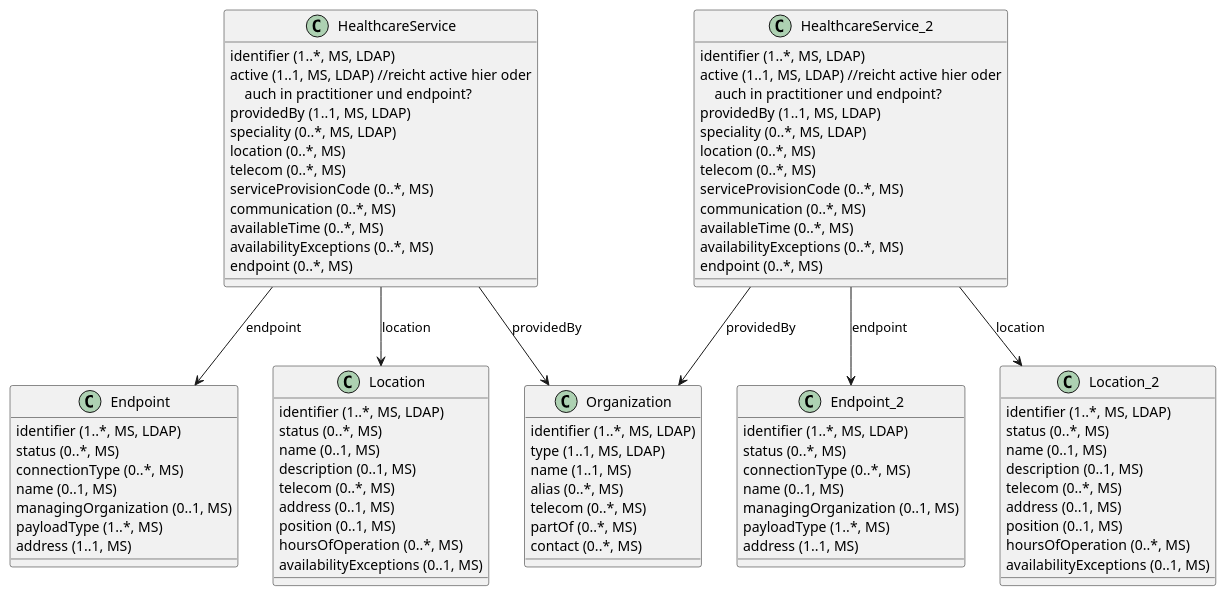
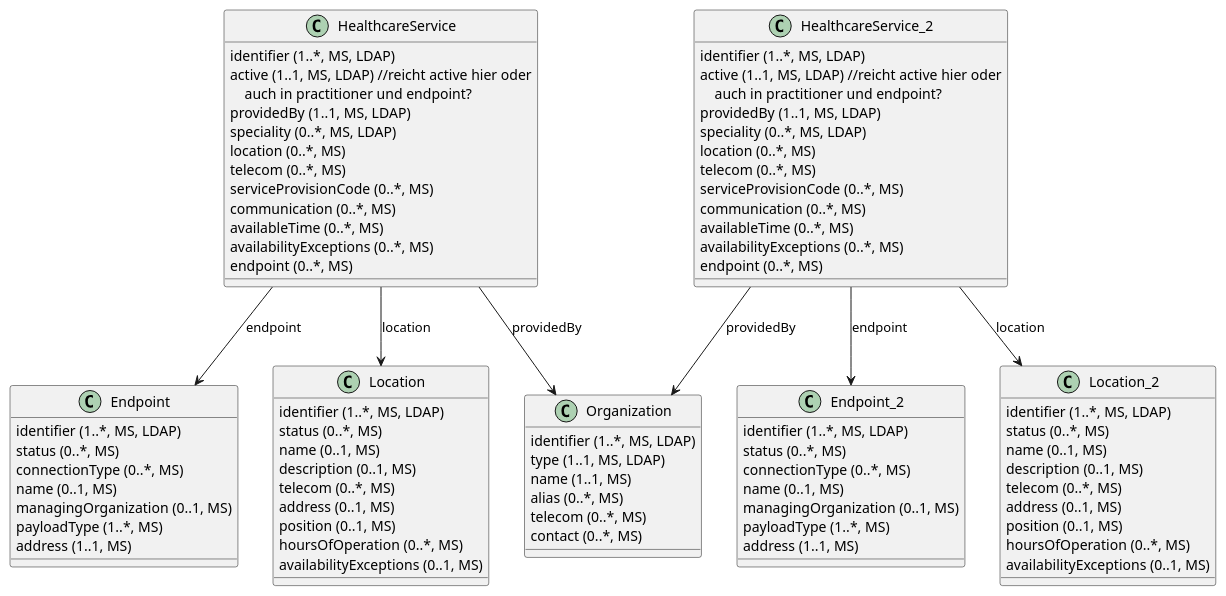
One commit to gematik/api-vzd changed the diagram in src/plantuml/cd_FHIR_HealthcareService.puml. Above: the diagram before and after it, drawn with PlantUML.

Commit message:
partOf reference removed

```diff
--- a/src/plantuml/cd_FHIR_HealthcareService.puml
+++ b/src/plantuml/cd_FHIR_HealthcareService.puml
@@ -1,88 +1,87 @@
 @startuml
 class Endpoint {
   {field} identifier (1..*, MS, LDAP)
   {field} status (0..*, MS)
   {field} connectionType (0..*, MS)
   {field} name (0..1, MS)
   {field} managingOrganization (0..1, MS)
   {field} payloadType (1..*, MS)
   {field} address (1..1, MS)
 }
 class Location {
   {field} identifier (1..*, MS, LDAP)
   {field} status (0..*, MS)
   {field} name (0..1, MS)
   {field} description (0..1, MS)
   {field} telecom (0..*, MS)
   {field} address (0..1, MS)
   {field} position (0..1, MS)
   {field} hoursOfOperation (0..*, MS)
   {field} availabilityExceptions (0..1, MS)
 }
 class HealthcareService {
   {field} identifier (1..*, MS, LDAP)
   {field} active (1..1, MS, LDAP) //reicht active hier oder\n    auch in practitioner und endpoint?
   {field} providedBy (1..1, MS, LDAP)
   {field} speciality (0..*, MS, LDAP)
   {field} location (0..*, MS)
   {field} telecom (0..*, MS)
   {field} serviceProvisionCode (0..*, MS)
   {field} communication (0..*, MS)
   '{field} appointmentRequired (0..1, MS)
   {field} availableTime (0..*, MS)
   {field} availabilityExceptions (0..*, MS)
   {field} endpoint (0..*, MS)
 }
 class Organization {
   {field} identifier (1..*, MS, LDAP)
   {field} type (1..1, MS, LDAP)
   {field} name (1..1, MS)
   {field} alias (0..*, MS)
   {field} telecom (0..*, MS)
-  {field} partOf (0..*, MS)
   {field} contact (0..*, MS)
 }
 
 class HealthcareService_2 {
   {field} identifier (1..*, MS, LDAP)
   {field} active (1..1, MS, LDAP) //reicht active hier oder\n    auch in practitioner und endpoint?
   {field} providedBy (1..1, MS, LDAP)
   {field} speciality (0..*, MS, LDAP)
   {field} location (0..*, MS)
   {field} telecom (0..*, MS)
   {field} serviceProvisionCode (0..*, MS)
   {field} communication (0..*, MS)
   '{field} appointmentRequired (0..1, MS)
   {field} availableTime (0..*, MS)
   {field} availabilityExceptions (0..*, MS)
   {field} endpoint (0..*, MS)
 }
 class Endpoint_2 {
   {field} identifier (1..*, MS, LDAP)
   {field} status (0..*, MS)
   {field} connectionType (0..*, MS)
   {field} name (0..1, MS)
   {field} managingOrganization (0..1, MS)
   {field} payloadType (1..*, MS)
   {field} address (1..1, MS)
 }
 class Location_2 {
   {field} identifier (1..*, MS, LDAP)
   {field} status (0..*, MS)
   {field} name (0..1, MS)
   {field} description (0..1, MS)
   {field} telecom (0..*, MS)
   {field} address (0..1, MS)
   {field} position (0..1, MS)
   {field} hoursOfOperation (0..*, MS)
   {field} availabilityExceptions (0..1, MS)
 }
 
 HealthcareService --> Organization: providedBy
 HealthcareService --> Endpoint: endpoint
 HealthcareService --> Location: location
 HealthcareService_2 --> Organization: providedBy
 HealthcareService_2 --> Endpoint_2: endpoint
 HealthcareService_2 --> Location_2:location
 
 @enduml
```
